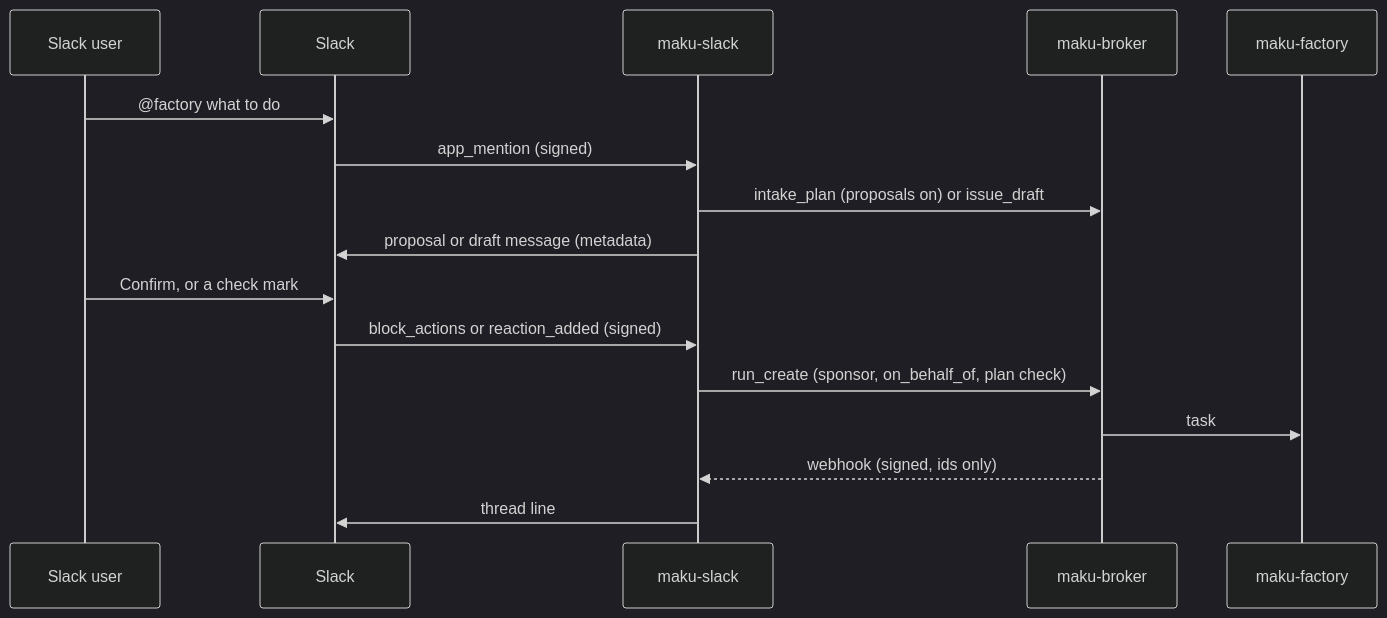
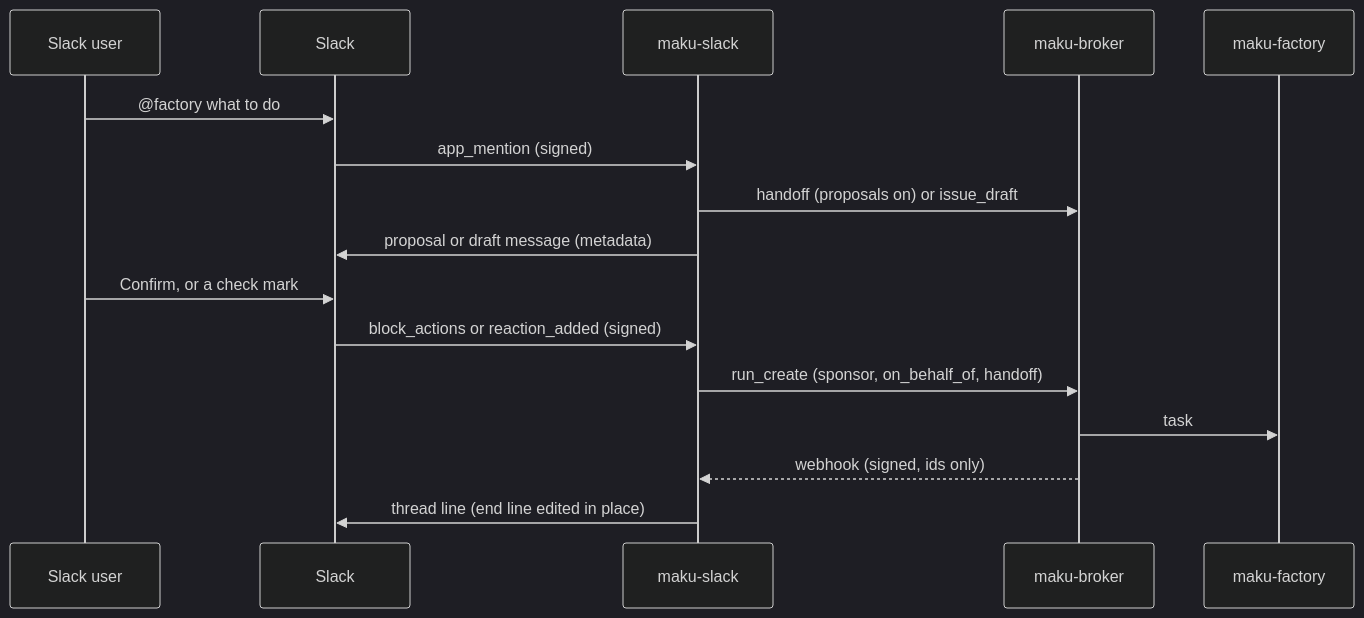
One commit to Smana/maku changed the diagram in docs/slack.md. Above: the diagram before and after it, drawn with Mermaid (dark theme). The commit also changed other lines of this file and 27 other files, not shown here.

First line of the commit message:
feat(slack): handoff-backed filing, one end line, and UX vocabulary (#603)

````diff
--- a/docs/slack.md
+++ b/docs/slack.md
@@ -5,18 +5,18 @@
 ```mermaid
 sequenceDiagram
   participant U as Slack user
   participant S as Slack
   participant A as maku-slack
   participant B as maku-broker
   participant F as maku-factory
   U->>S: @factory what to do
   S->>A: app_mention (signed)
-  A->>B: intake_plan (proposals on) or issue_draft
+  A->>B: handoff (proposals on) or issue_draft
   A->>S: proposal or draft message (metadata)
   U->>S: Confirm, or a check mark
   S->>A: block_actions or reaction_added (signed)
-  A->>B: run_create (sponsor, on_behalf_of, plan check)
+  A->>B: run_create (sponsor, on_behalf_of, handoff)
   B->>F: task
   B-->>A: webhook (signed, ids only)
-  A->>S: thread line
+  A->>S: thread line (end line edited in place)
 ```
````
